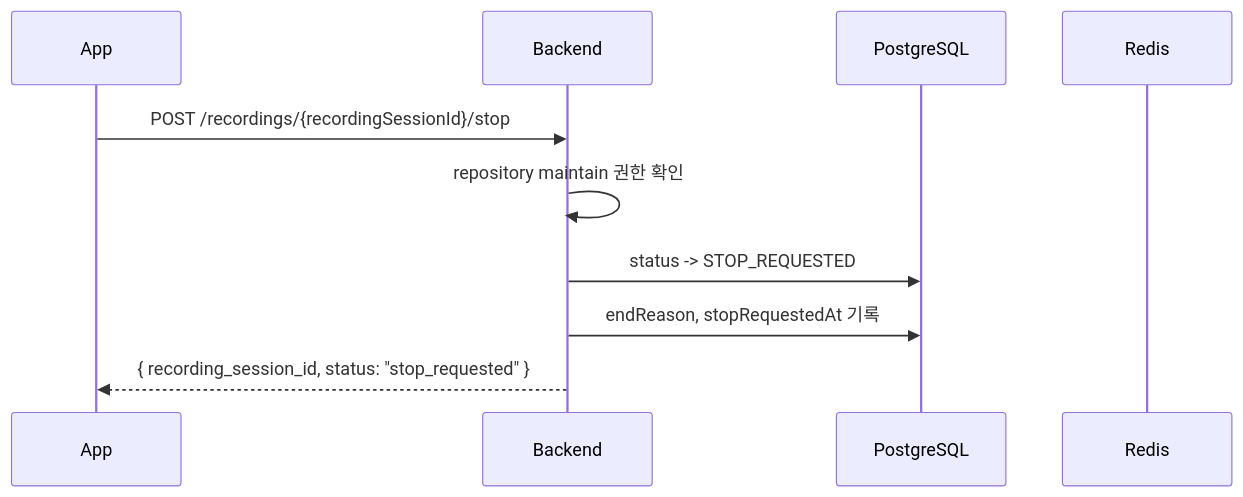
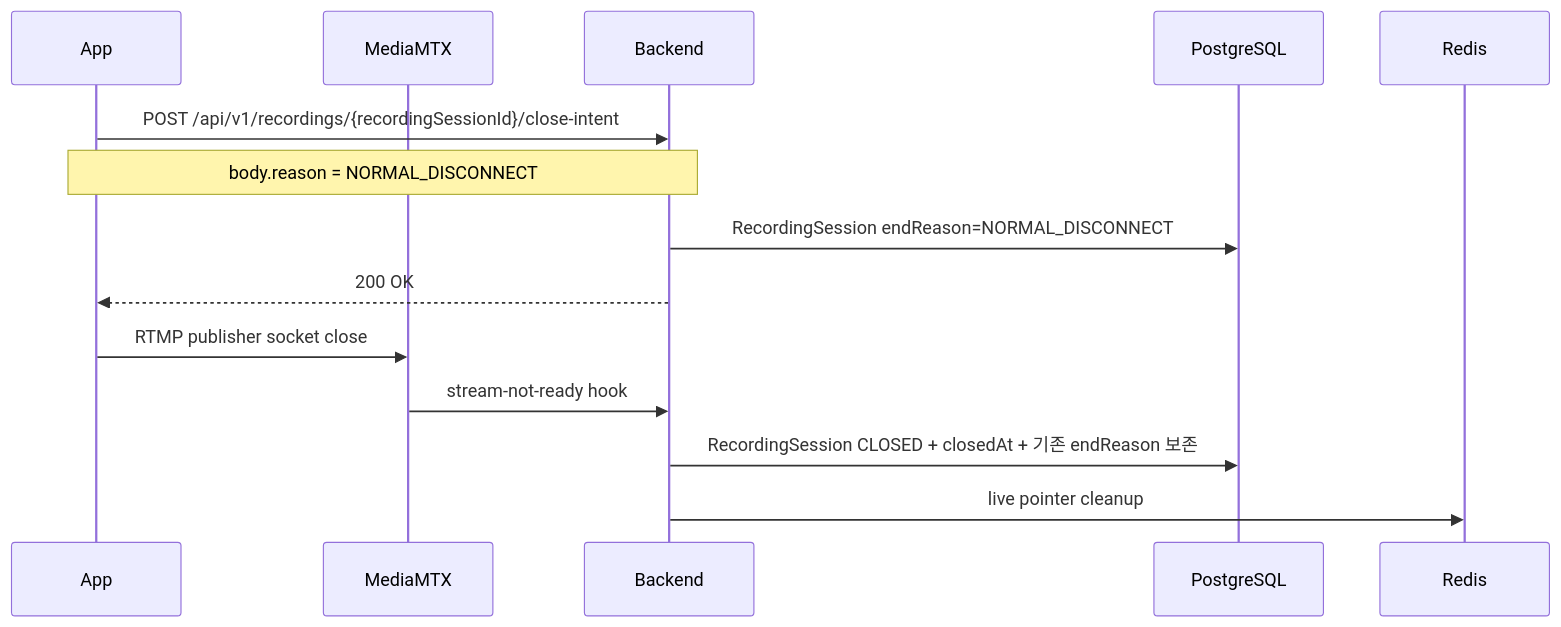
One commit to ego-flow/ego-flow-server changed the fifth of 7 diagrams in docs/09. project_streaming.md. Above: the diagram before and after it, drawn with Mermaid. The commit also changed other lines of this file and 6 other files, not shown here.

````diff
--- a/docs/09. project_streaming.md
+++ b/docs/09. project_streaming.md
@@ -420,13 +421,17 @@
 ```mermaid
 sequenceDiagram
     participant App
+    participant MTX as MediaMTX
     participant BE as Backend
     participant DB as PostgreSQL
     participant Redis
 
-    App->>BE: POST /recordings/{recordingSessionId}/stop
-    BE->>BE: repository maintain 권한 확인
-    BE->>DB: status -> STOP_REQUESTED
-    BE->>DB: endReason, stopRequestedAt 기록
-    BE-->>App: { recording_session_id, status: "stop_requested" }
+    App->>BE: POST /api/v1/recordings/{recordingSessionId}/close-intent
+    Note over App,BE: body.reason = NORMAL_DISCONNECT
+    BE->>DB: RecordingSession endReason=NORMAL_DISCONNECT
+    BE-->>App: 200 OK
+    App->>MTX: RTMP publisher socket close
+    MTX->>BE: stream-not-ready hook
+    BE->>DB: RecordingSession CLOSED + closedAt + 기존 endReason 보존
+    BE->>Redis: live pointer cleanup
 ```
````
